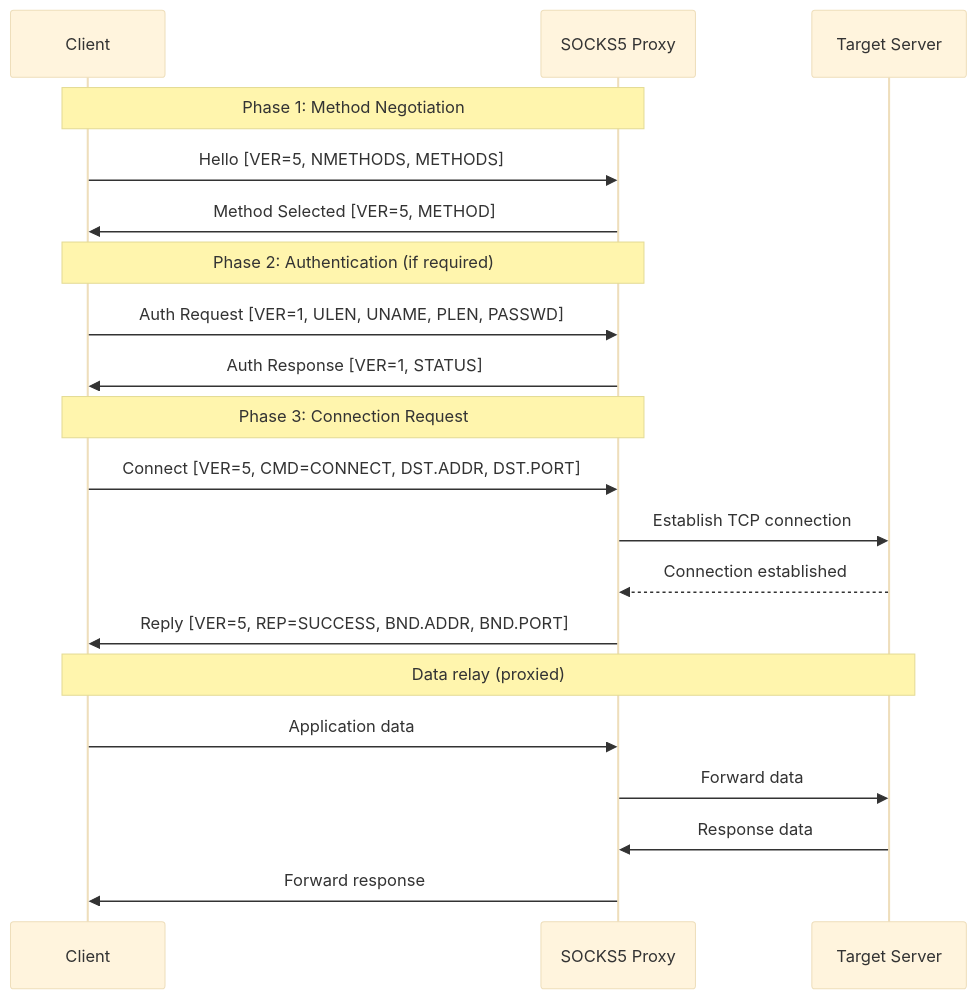
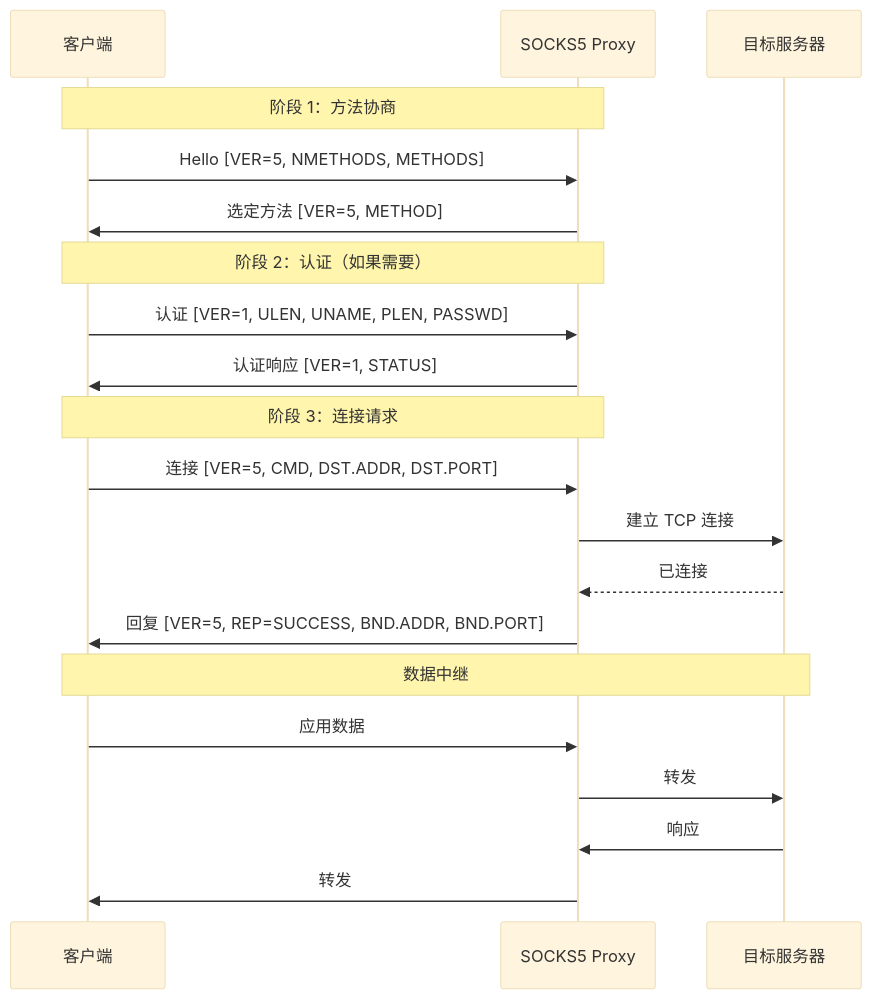
One commit to autoscrape-labs/pydoll changed the first of 2 diagrams in docs/zh/deep-dive/network/socks-proxies.md. Above: the diagram before and after it, drawn with Mermaid (base theme). The commit also changed other lines of this file and 241 other files, not shown here.

````diff
--- a/docs/zh/deep-dive/network/socks-proxies.md
+++ b/docs/zh/deep-dive/network/socks-proxies.md
@@ -48,26 +36,26 @@
 ```mermaid
 sequenceDiagram
-    participant Client
+    participant Client as 客户端
     participant SOCKS5 as SOCKS5 Proxy
-    participant Server as Target Server
+    participant Server as 目标服务器
 
-    Note over Client,SOCKS5: Phase 1: Method Negotiation
+    Note over Client,SOCKS5: 阶段 1：方法协商
     Client->>SOCKS5: Hello [VER=5, NMETHODS, METHODS]
-    SOCKS5->>Client: Method Selected [VER=5, METHOD]
+    SOCKS5->>Client: 选定方法 [VER=5, METHOD]
 
-    Note over Client,SOCKS5: Phase 2: Authentication (if required)
-    Client->>SOCKS5: Auth Request [VER=1, ULEN, UNAME, PLEN, PASSWD]
-    SOCKS5->>Client: Auth Response [VER=1, STATUS]
+    Note over Client,SOCKS5: 阶段 2：认证（如果需要）
+    Client->>SOCKS5: 认证 [VER=1, ULEN, UNAME, PLEN, PASSWD]
+    SOCKS5->>Client: 认证响应 [VER=1, STATUS]
 
-    Note over Client,SOCKS5: Phase 3: Connection Request
-    Client->>SOCKS5: Connect [VER=5, CMD=CONNECT, DST.ADDR, DST.PORT]
-    SOCKS5->>Server: Establish TCP connection
-    Server-->>SOCKS5: Connection established
-    SOCKS5->>Client: Reply [VER=5, REP=SUCCESS, BND.ADDR, BND.PORT]
+    Note over Client,SOCKS5: 阶段 3：连接请求
+    Client->>SOCKS5: 连接 [VER=5, CMD, DST.ADDR, DST.PORT]
+    SOCKS5->>Server: 建立 TCP 连接
+    Server-->>SOCKS5: 已连接
+    SOCKS5->>Client: 回复 [VER=5, REP=SUCCESS, BND.ADDR, BND.PORT]
 
-    Note over Client,Server: Data relay (proxied)
-    Client->>SOCKS5: Application data
-    SOCKS5->>Server: Forward data
-    Server->>SOCKS5: Response data
-    SOCKS5->>Client: Forward response
+    Note over Client,Server: 数据中继
+    Client->>SOCKS5: 应用数据
+    SOCKS5->>Server: 转发
+    Server->>SOCKS5: 响应
+    SOCKS5->>Client: 转发
 ```
````
